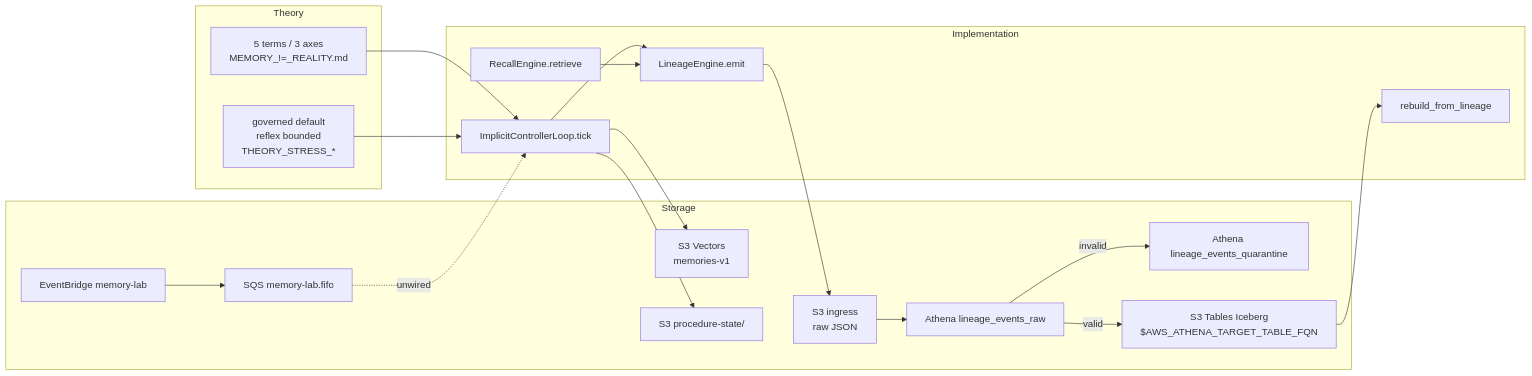
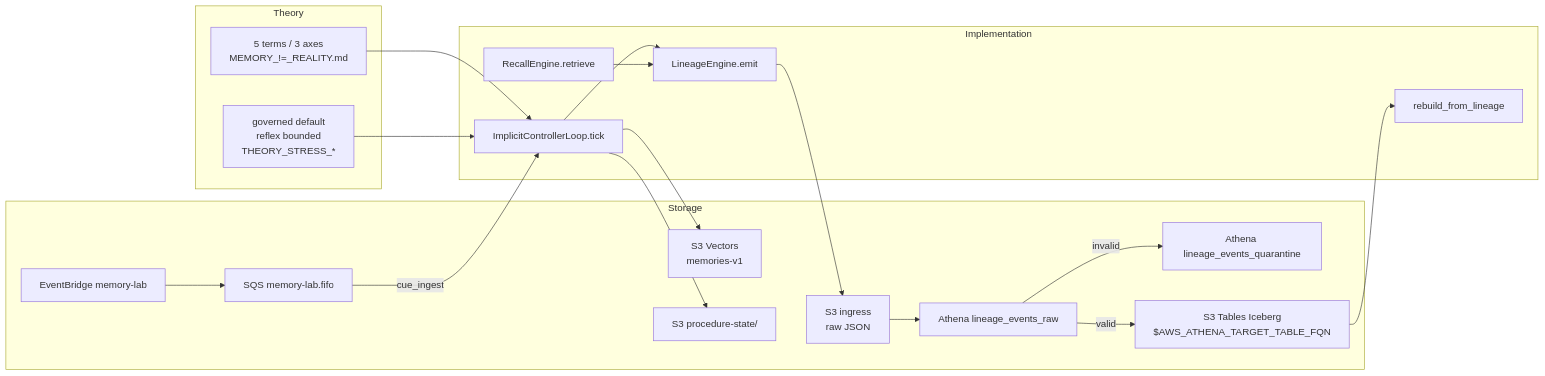
The diagram in specs/AGENT_PRIMER.md (stack-research/memory), drawn with Mermaid before and after one commit. The commit also changed other lines of this file and 21 other files, not shown here.

````diff
--- a/specs/AGENT_PRIMER.md
+++ b/specs/AGENT_PRIMER.md
@@ -58,38 +58,38 @@
 ```mermaid
 flowchart LR
   subgraph theory [Theory]
     Vocab["5 terms / 3 axes<br/>MEMORY_!=_REALITY.md"]
     Doctrine["governed default<br/>reflex bounded<br/>THEORY_STRESS_*"]
   end
 
   subgraph storage [Storage]
     Ingress["S3 ingress<br/>raw JSON"]
     Raw["Athena lineage_events_raw"]
     Quarantine["Athena lineage_events_quarantine"]
     Canon["S3 Tables Iceberg<br/>$AWS_ATHENA_TARGET_TABLE_FQN"]
     Vectors["S3 Vectors<br/>memories-v1"]
     ProcState["S3 procedure-state/"]
     Bus["EventBridge memory-lab"]
     Fifo["SQS memory-lab.fifo"]
   end
 
   subgraph impl [Implementation]
     Emit["LineageEngine.emit"]
     Explicit["RecallEngine.retrieve"]
     Implicit["ImplicitControllerLoop.tick"]
     Replay["rebuild_from_lineage"]
   end
 
   Vocab --> Implicit
   Doctrine --> Implicit
   Implicit --> Emit
   Explicit --> Emit
   Emit --> Ingress --> Raw
   Raw -->|valid| Canon
   Raw -->|invalid| Quarantine
   Implicit --> Vectors
   Implicit --> ProcState
   Bus --> Fifo
-  Fifo -.unwired.-> Implicit
+  Fifo -->|cue_ingest| Implicit
   Canon --> Replay
 ```
````
